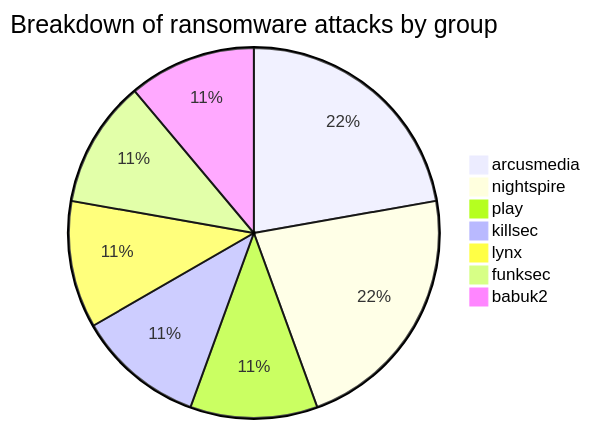
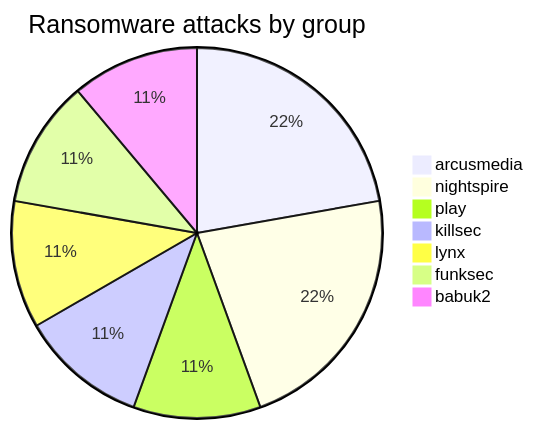
Before and after one commit to Hatchepsoute/AFRINTEL: the first of 5 diagrams in reports/2025/03-march/README.md, drawn with Mermaid. The commit also changed 1 other file, not shown here.

Commit message:
chore: update repo content

````diff
--- a/reports/2025/03-march/README.md
+++ b/reports/2025/03-march/README.md
@@ -32,10 +32,10 @@
 ```mermaid
-pie title Breakdown of ransomware attacks by group
+pie title Ransomware attacks by group
     "arcusmedia" : 2
     "nightspire" : 2
     "play" : 1
     "killsec" : 1
     "lynx" : 1
     "funksec" : 1
     "babuk2" : 1
 ```
````
